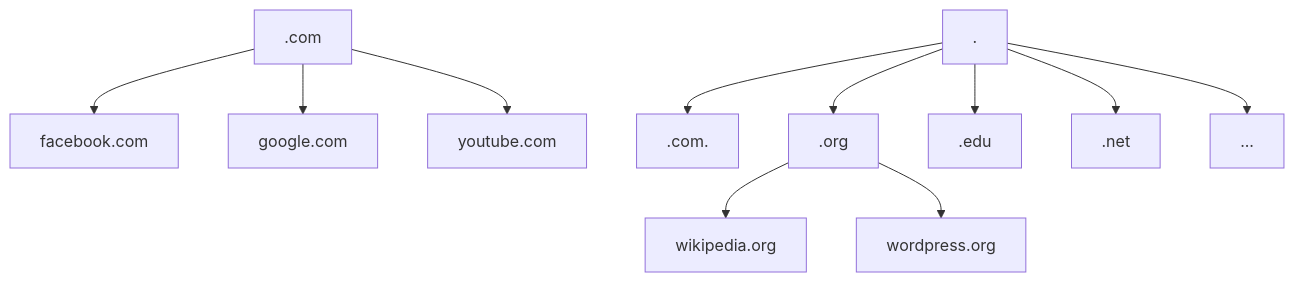
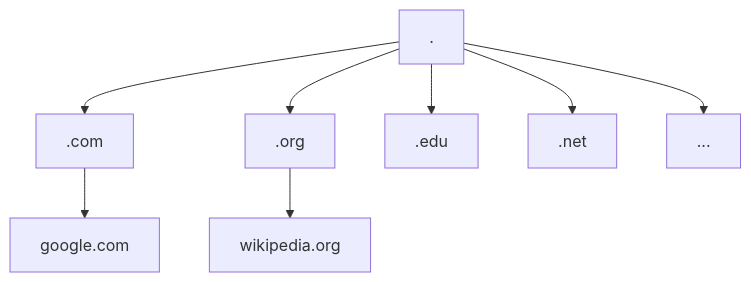
The third of 3 diagrams in _posts/2022-12-01-what-is-DNS.md (underscoremin/underscoremin.github.io), drawn with Mermaid before and after one commit.

Commit message:
fix trailing period

````diff
--- a/_posts/2022-12-01-what-is-DNS.md
+++ b/_posts/2022-12-01-what-is-DNS.md
@@ -62,13 +62,10 @@
 ```mermaid
 flowchart TD
-    . --> .com.
-    .com --> facebook.com
+    . --> .com
     .com --> google.com
-    .com --> youtube.com
     . --> .org
     .org --> wikipedia.org
-    .org --> wordpress.org
     . --> .edu
     . --> .net
     . --> ...
 ```   
````
